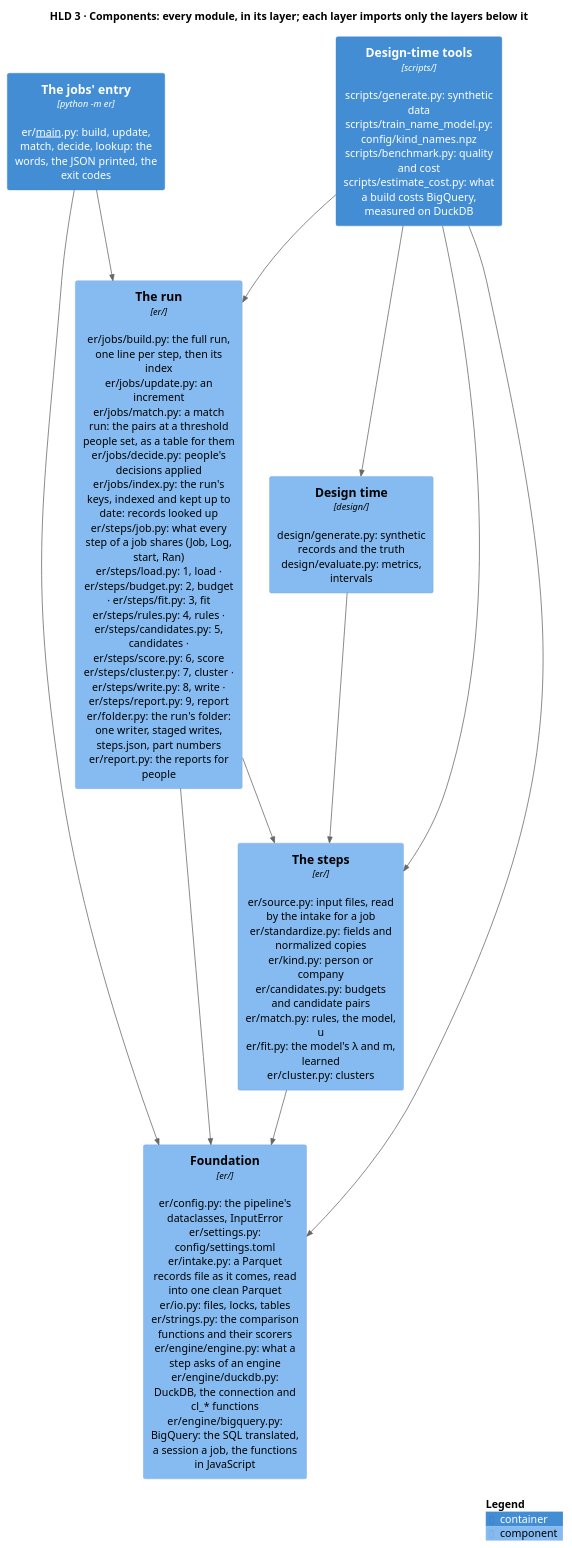
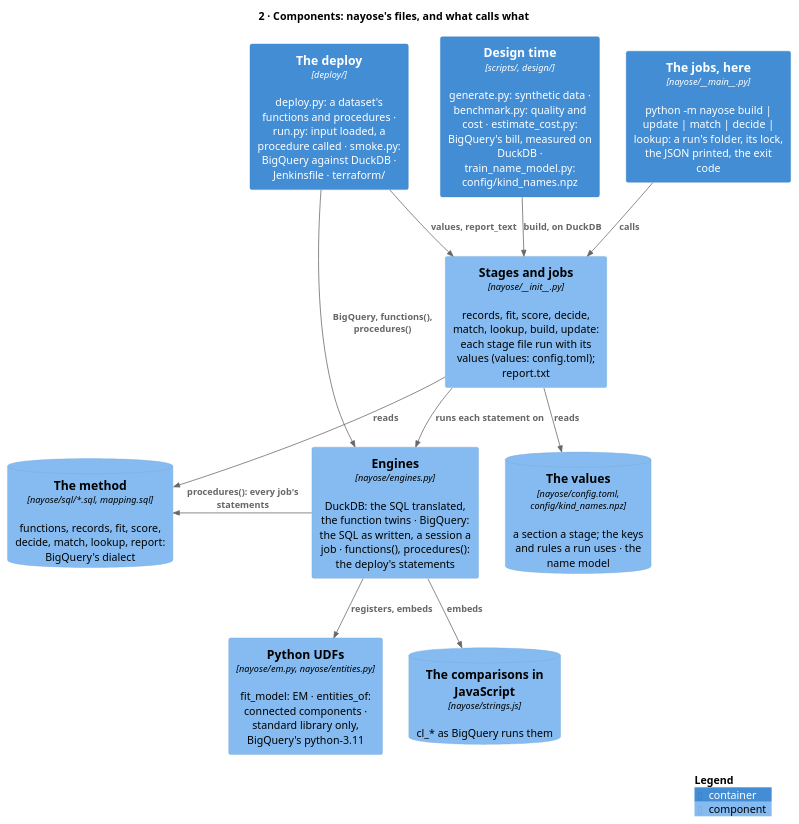
Before and after one commit to mvsbm/entity_matching: the diagram in docs/diagrams/components.puml, drawn with PlantUML. The commit also changed 49 other files, not shown here.

```diff
--- a/docs/diagrams/components.puml
+++ b/docs/diagrams/components.puml
@@ -1,27 +1,30 @@
 @startuml components
 !include <C4/C4_Component>
 LAYOUT_TOP_DOWN()
 HIDE_STEREOTYPE()
-title HLD 3 · Components: every module, in its layer; each layer imports only the layers below it
+title 2 · Components: nayose's files, and what calls what
 
-Container(tools_run, "The jobs' entry", "python -m er", "er/__main__.py: build, update, match, decide, lookup: the words, the JSON printed, the exit codes")
-Container(tools_design, "Design-time tools", "scripts/", "scripts/generate.py: synthetic data\nscripts/train_name_model.py: config/kind_names.npz\nscripts/benchmark.py: quality and cost\nscripts/estimate_cost.py: what a build costs BigQuery, measured on DuckDB")
+Container(cli, "The jobs, here", "nayose/~__main~__.py", "python -m nayose build | update | match | decide | lookup: a run's folder, its lock, the JSON printed, the exit code")
+Container(deploy, "The deploy", "deploy/", "deploy.py: a dataset's functions and procedures · run.py: input loaded, a procedure called · smoke.py: BigQuery against DuckDB · Jenkinsfile · terraform/")
+Container(tools, "Design time", "scripts/, design/", "generate.py: synthetic data · benchmark.py: quality and cost · estimate_cost.py: BigQuery's bill, measured on DuckDB · train_name_model.py: config/kind_names.npz")
 
-Component(run, "The run", "er/", "er/jobs/build.py: the full run, one line per step, then its index\ner/jobs/update.py: an increment\ner/jobs/match.py: a match run: the pairs at a threshold people set, as a table for them\ner/jobs/decide.py: people's decisions applied\ner/jobs/index.py: the run's keys, indexed and kept up to date: records looked up\ner/steps/job.py: what every step of a job shares (Job, Log, start, Ran)\ner/steps/load.py: 1, load · er/steps/budget.py: 2, budget · er/steps/fit.py: 3, fit\ner/steps/rules.py: 4, rules · er/steps/candidates.py: 5, candidates · er/steps/score.py: 6, score\ner/steps/cluster.py: 7, cluster · er/steps/write.py: 8, write · er/steps/report.py: 9, report\ner/folder.py: the run's folder: one writer, staged writes, steps.json, part numbers\ner/report.py: the reports for people")
-Component(design, "Design time", "design/", "design/generate.py: synthetic records and the truth\ndesign/evaluate.py: metrics, intervals")
-Component(steps, "The steps", "er/", "er/source.py: input files, read by the intake for a job\ner/standardize.py: fields and normalized copies\ner/kind.py: person or company\ner/candidates.py: budgets and candidate pairs\ner/match.py: rules, the model, u\ner/fit.py: the model's λ and m, learned\ner/cluster.py: clusters")
-Component(configuration, "Foundation", "er/", "er/config.py: the pipeline's dataclasses, InputError\ner/settings.py: config/settings.toml\ner/intake.py: a Parquet records file as it comes, read into one clean Parquet\ner/io.py: files, locks, tables\ner/strings.py: the comparison functions and their scorers\ner/engine/engine.py: what a step asks of an engine\ner/engine/duckdb.py: DuckDB, the connection and cl_* functions\ner/engine/bigquery.py: BigQuery: the SQL translated, a session a job, the functions in JavaScript")
+Component(stages, "Stages and jobs", "nayose/~__init~__.py", "records, fit, score, decide, match, lookup, build, update: each stage file run with its values (values: config.toml); report.txt")
+Component(engines, "Engines", "nayose/engines.py", "DuckDB: the SQL translated, the function twins · BigQuery: the SQL as written, a session a job · functions(), procedures(): the deploy's statements")
+Component(udfs, "Python UDFs", "nayose/em.py, nayose/entities.py", "fit_model: EM · entities_of: connected components · standard library only, BigQuery's python-3.11")
+ComponentDb(sql, "The method", "nayose/sql/*.sql, mapping.sql", "functions, records, fit, score, decide, match, lookup, report: BigQuery's dialect")
+ComponentDb(values, "The values", "nayose/config.toml, config/kind_names.npz", "a section a stage; the keys and rules a run uses · the name model")
+ComponentDb(js, "The comparisons in JavaScript", "nayose/strings.js", "cl_* as BigQuery runs them")
 
-Rel_D(tools_run, run, "")
-Rel_D(tools_run, configuration, "")
-Rel_D(tools_design, run, "")
-Rel_D(tools_design, design, "")
-Rel_D(tools_design, steps, "")
-Rel_D(tools_design, configuration, "")
-Rel_D(run, steps, "")
-Rel_D(run, configuration, "")
-Rel_D(design, steps, "")
-Rel_D(steps, configuration, "")
+Rel_D(cli, stages, "calls")
+Rel_D(deploy, engines, "BigQuery, functions(), procedures()")
+Rel_D(deploy, stages, "values, report_text")
+Rel_D(tools, stages, "build, on DuckDB")
+Rel_D(stages, sql, "reads")
+Rel_D(stages, values, "reads")
+Rel_R(stages, engines, "runs each statement on")
+Rel_D(engines, udfs, "registers, embeds")
+Rel_D(engines, js, "embeds")
+Rel_L(engines, sql, "procedures(): every job's statements")
 
 SHOW_LEGEND()
 @enduml
```
